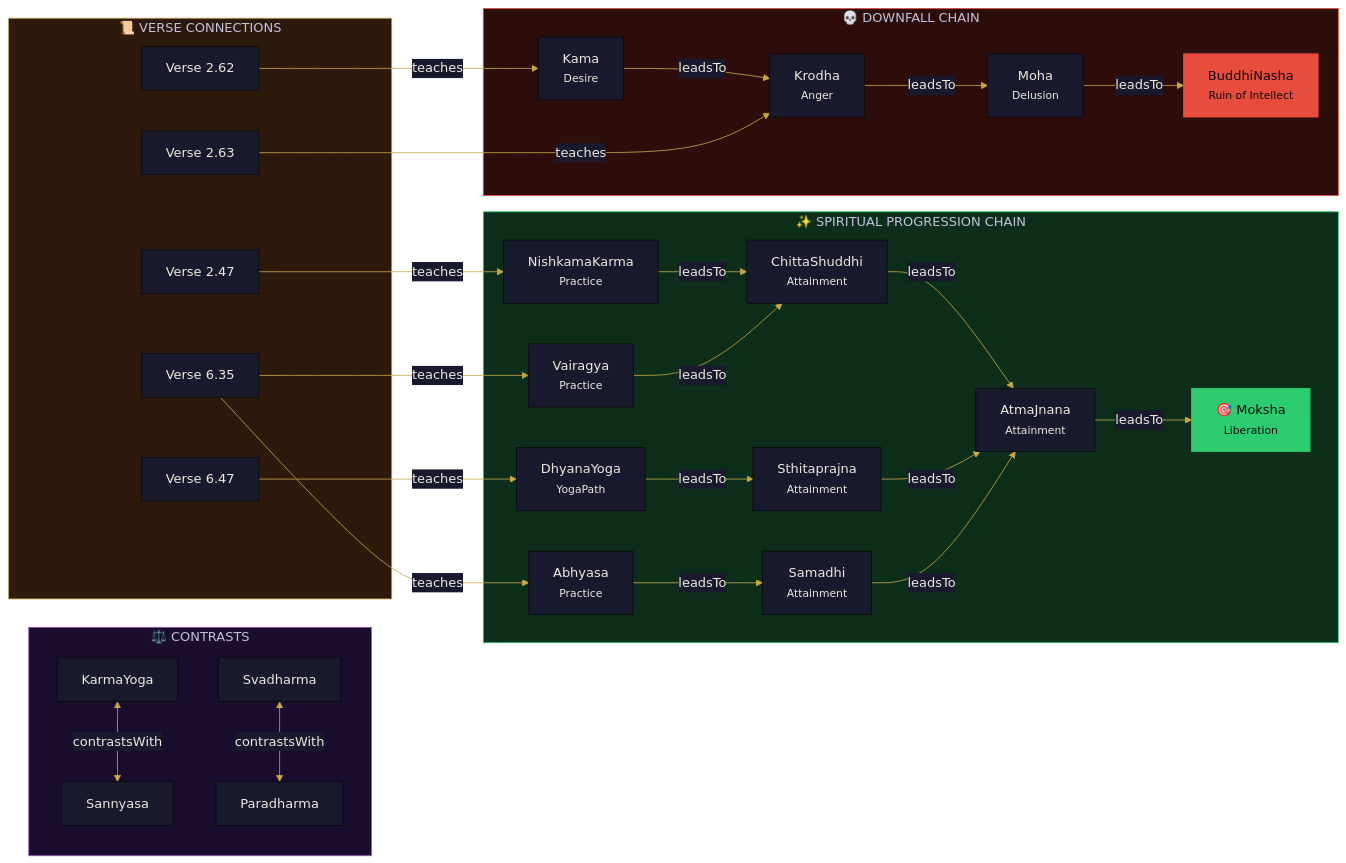
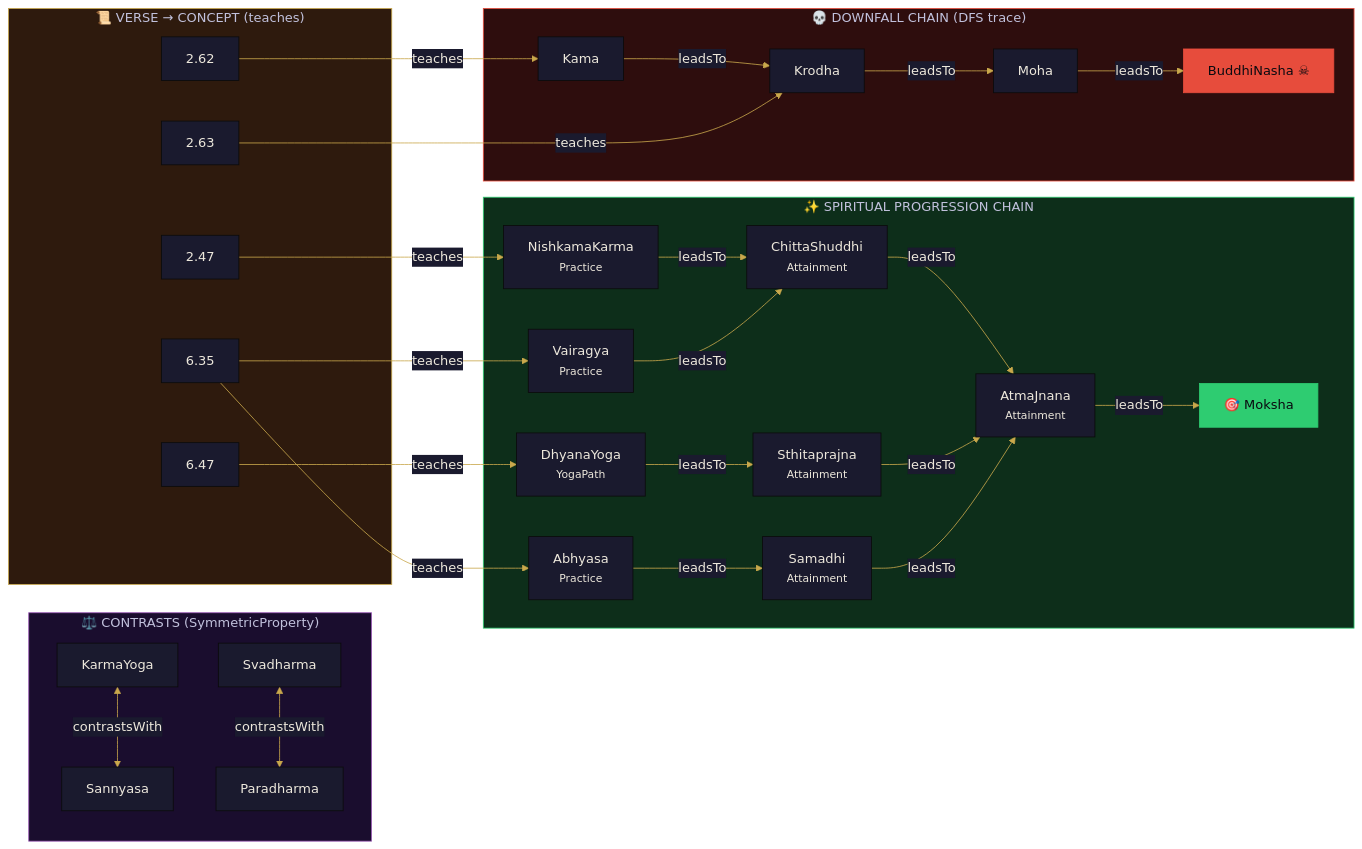
Before and after one commit to DevRaviX/gitagraph: the second of 7 diagrams in README.md, drawn with Mermaid. The commit also changed other lines of this file and 41 other files, not shown here.

````diff
--- a/README.md
+++ b/README.md
@@ -167,42 +160,38 @@
 ```mermaid
 %%{init: {'theme': 'base', 'themeVariables': {'primaryColor': '#1A1A2E', 'primaryTextColor': '#EDE8DC', 'lineColor': '#C9A84C', 'edgeLabelBackground': '#1A1A2E'}}}%%
-
 graph LR
     subgraph SPIRITUAL["✨ SPIRITUAL PROGRESSION CHAIN"]
         NK["NishkamaKarma<br/><small>Practice</small>"] -->|leadsTo| CS["ChittaShuddhi<br/><small>Attainment</small>"]
         VR["Vairagya<br/><small>Practice</small>"] -->|leadsTo| CS
         AB["Abhyasa<br/><small>Practice</small>"] -->|leadsTo| SM["Samadhi<br/><small>Attainment</small>"]
         DY["DhyanaYoga<br/><small>YogaPath</small>"] -->|leadsTo| SP["Sthitaprajna<br/><small>Attainment</small>"]
-        CS -->|leadsTo| AJ["AtmaJnana<br/><small>Attainment</small>"]
-        SP -->|leadsTo| AJ
-        SM -->|leadsTo| AJ
-        AJ -->|leadsTo| MK["🎯 Moksha<br/><small>Liberation</small>"]
+        CS & SP & SM -->|leadsTo| AJ["AtmaJnana<br/><small>Attainment</small>"]
+        AJ -->|leadsTo| MK["🎯 Moksha"]
     end
 
-    subgraph DOWNFALL["💀 DOWNFALL CHAIN"]
-        KA["Kama<br/><small>Desire</small>"] -->|leadsTo| KR["Krodha<br/><small>Anger</small>"]
-        KR -->|leadsTo| MH["Moha<br/><small>Delusion</small>"]
-        MH -->|leadsTo| BN["BuddhiNasha<br/><small>Ruin of Intellect</small>"]
+    subgraph DOWNFALL["💀 DOWNFALL CHAIN (DFS trace)"]
+        KA["Kama"] -->|leadsTo| KR["Krodha"]
+        KR -->|leadsTo| MH["Moha"]
+        MH -->|leadsTo| BN["BuddhiNasha ☠"]
     end
 
-    subgraph CONTRAST["⚖️ CONTRASTS"]
+    subgraph CONTRAST["⚖️ CONTRASTS (SymmetricProperty)"]
         KY["KarmaYoga"] <-->|contrastsWith| SN["Sannyasa"]
         SD["Svadharma"] <-->|contrastsWith| PD["Paradharma"]
     end
 
-    subgraph VERSE["📜 VERSE CONNECTIONS"]
-        V247["Verse 2.47"] -->|teaches| NK
-        V262["Verse 2.62"] -->|teaches| KA
-        V263["Verse 2.63"] -->|teaches| KR
-        V635["Verse 6.35"] -->|teaches| VR
-        V635 -->|teaches| AB
-        V647["Verse 6.47"] -->|teaches| DY
+    subgraph VERSE["📜 VERSE → CONCEPT (teaches)"]
+        V247["2.47"] -->|teaches| NK
+        V262["2.62"] -->|teaches| KA
+        V263["2.63"] -->|teaches| KR
+        V635["6.35"] -->|teaches| VR & AB
+        V647["6.47"] -->|teaches| DY
     end
 
     style SPIRITUAL fill:#0D2E1A,stroke:#2ECC71
     style DOWNFALL fill:#2E0D0D,stroke:#E74C3C
     style CONTRAST fill:#1A0D2E,stroke:#9B59B6
     style VERSE fill:#2E1A0D,stroke:#C9A84C
     style MK fill:#2ECC71,color:#0A0A10,stroke:#2ECC71
     style BN fill:#E74C3C,color:#0A0A10,stroke:#E74C3C
 ```
````
